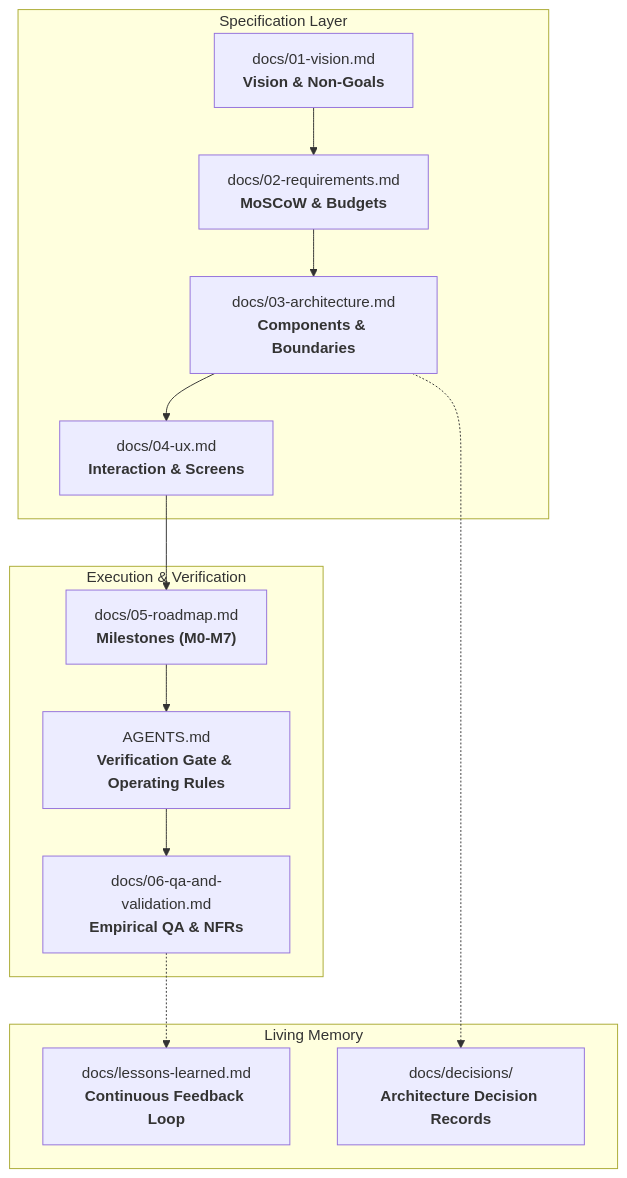
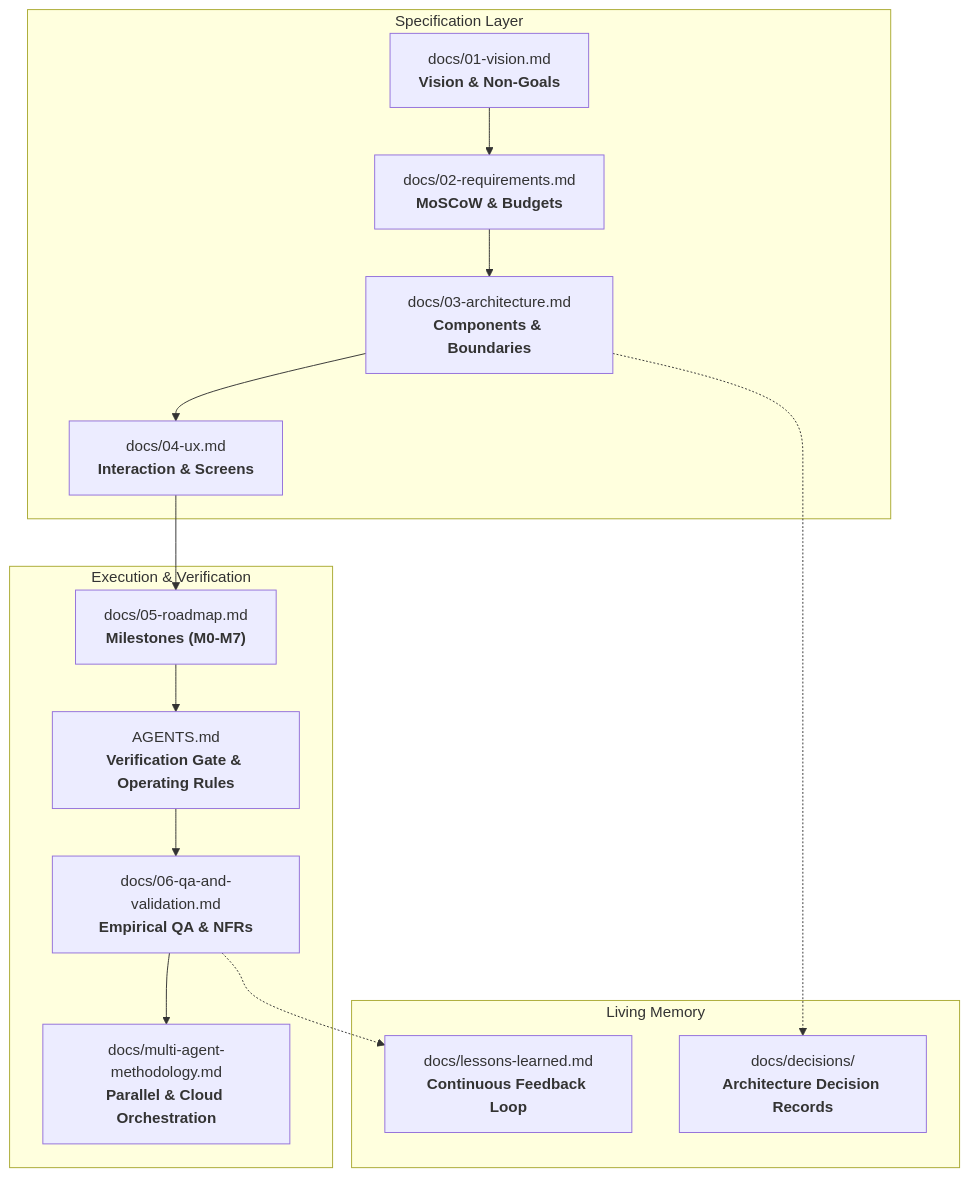
One commit to DooperDrew/project-template changed the first of 2 diagrams in README.md. Above: the diagram before and after it, drawn with Mermaid. The commit also changed other lines of this file and 8 other files, not shown here.

Commit message:
feat: integrate GitHub Copilot cloud agent workflow and multi-agent methodology

````diff
--- a/README.md
+++ b/README.md
@@ -29,24 +30,26 @@
 ```mermaid
 flowchart TD
     subgraph Spec["Specification Layer"]
         V["docs/01-vision.md<br/><b>Vision & Non-Goals</b>"]
         R["docs/02-requirements.md<br/><b>MoSCoW & Budgets</b>"]
         A["docs/03-architecture.md<br/><b>Components & Boundaries</b>"]
         U["docs/04-ux.md<br/><b>Interaction & Screens</b>"]
     end
     subgraph Execution["Execution & Verification"]
         M["docs/05-roadmap.md<br/><b>Milestones (M0-M7)</b>"]
         Q["docs/06-qa-and-validation.md<br/><b>Empirical QA & NFRs</b>"]
         G["AGENTS.md<br/><b>Verification Gate & Operating Rules</b>"]
+        METH["docs/multi-agent-methodology.md<br/><b>Parallel & Cloud Orchestration</b>"]
     end
     subgraph Learning["Living Memory"]
         LL["docs/lessons-learned.md<br/><b>Continuous Feedback Loop</b>"]
         ADR["docs/decisions/<br/><b>Architecture Decision Records</b>"]
     end
 
     V --> R --> A --> U --> M
     M --> G
     G --> Q
+    Q --> METH
     Q -.-> LL
     A -.-> ADR
 ```
````
